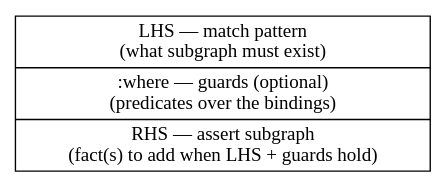
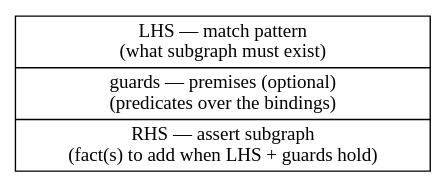
The first of 8 diagrams in docs/kernel/ir/01-ein-graph/02_rules.md (agutikov/ein), drawn with Graphviz before and after one commit. The commit also changed other lines of this file and 15 other files, not shown here.

````diff
--- a/docs/kernel/ir/01-ein-graph/02_rules.md
+++ b/docs/kernel/ir/01-ein-graph/02_rules.md
@@ -26,6 +26,6 @@
 ```dot
 digraph rule_anatomy {
   node [shape=record];
-  rule [label="{LHS — match pattern\n(what subgraph must exist)|:where — guards (optional)\n(predicates over the bindings)|RHS — assert subgraph\n(fact(s) to add when LHS + guards hold)}"];
+  rule [label="{LHS — match pattern\n(what subgraph must exist)|guards — premises (optional)\n(predicates over the bindings)|RHS — assert subgraph\n(fact(s) to add when LHS + guards hold)}"];
 }
 ```
````
